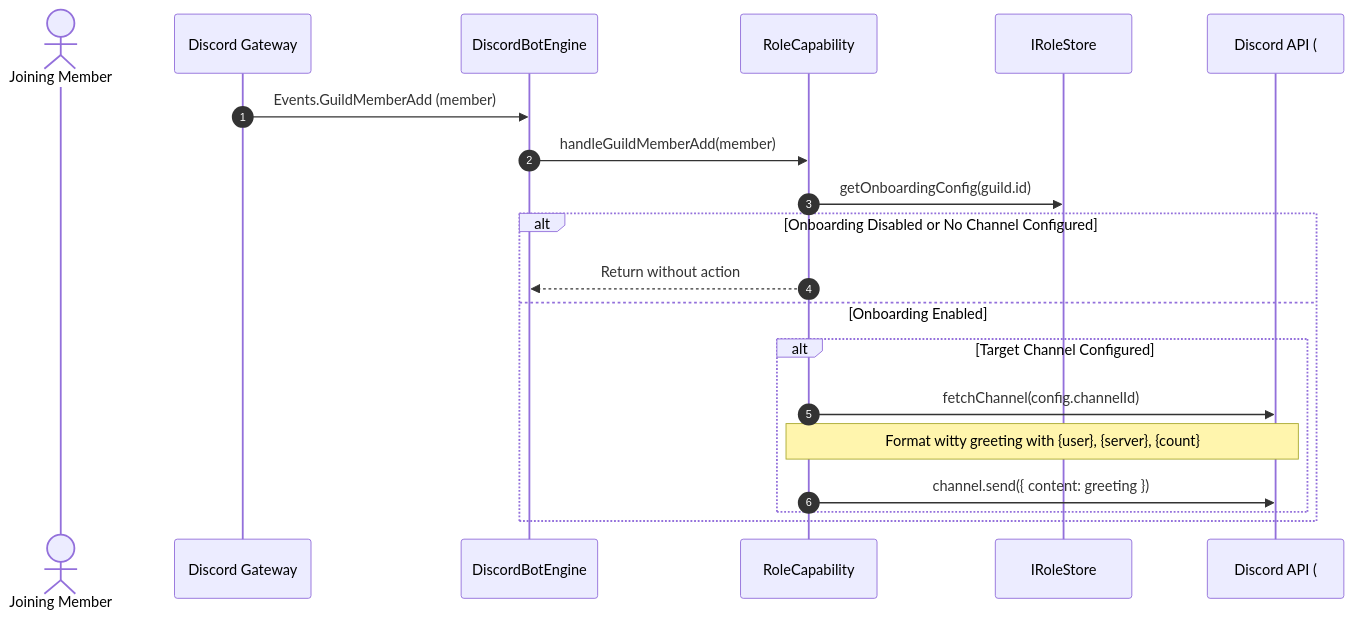
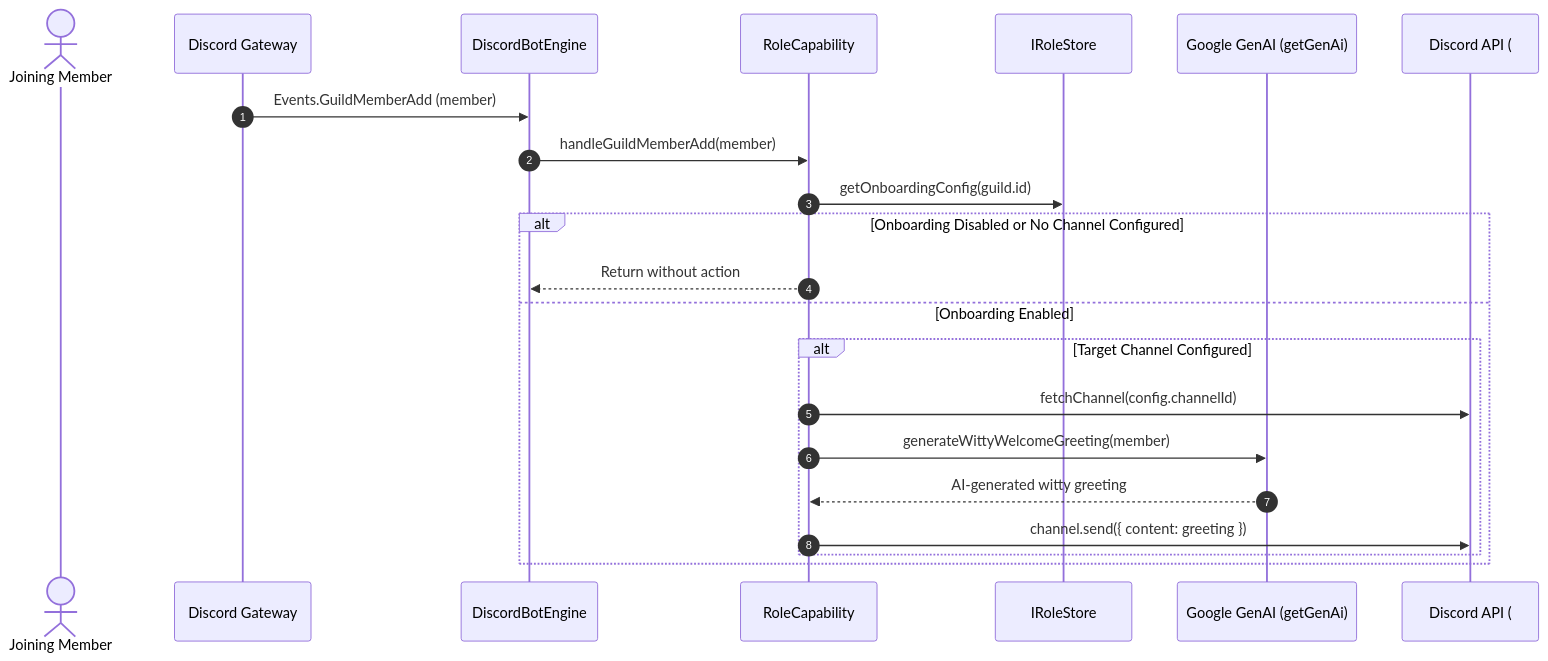
The third of 3 diagrams in docs/role-assignment-design.md (nthungdev/discord-bot), drawn with Mermaid before and after one commit. The commit also changed other lines of this file and 1 other file, not shown here.

Commit message:
docs(roles): update PRD and technical design for AI witty welcome greetings and locale override

````diff
--- a/docs/role-assignment-design.md
+++ b/docs/role-assignment-design.md
@@ -358,23 +360,25 @@
 ```mermaid
 sequenceDiagram
     autonumber
     actor NewMember as Joining Member
     participant Gateway as Discord Gateway
     participant Engine as DiscordBotEngine
     participant RoleCap as RoleCapability
     participant Store as IRoleStore
+    participant GenAI as Google GenAI (getGenAi)
     participant DiscordAPI as Discord API (#welcome channel)
 
     Gateway->>Engine: Events.GuildMemberAdd (member)
     Engine->>RoleCap: handleGuildMemberAdd(member)
     RoleCap->>Store: getOnboardingConfig(guild.id)
     alt Onboarding Disabled or No Channel Configured
         RoleCap-->>Engine: Return without action
     else Onboarding Enabled
         alt Target Channel Configured
             RoleCap->>DiscordAPI: fetchChannel(config.channelId)
-            Note over RoleCap, DiscordAPI: Format witty greeting with {user}, {server}, {count}
+            RoleCap->>GenAI: generateWittyWelcomeGreeting(member)
+            GenAI-->>RoleCap: AI-generated witty greeting
             RoleCap->>DiscordAPI: channel.send({ content: greeting })
         end
     end
 ```
````
